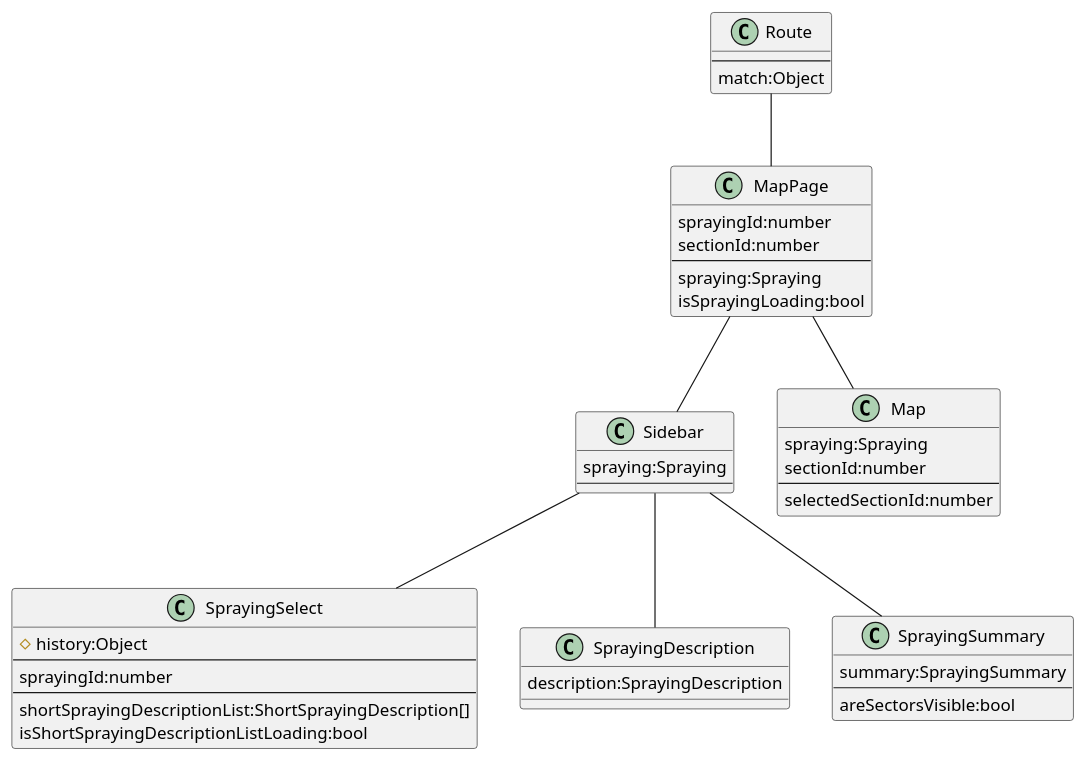
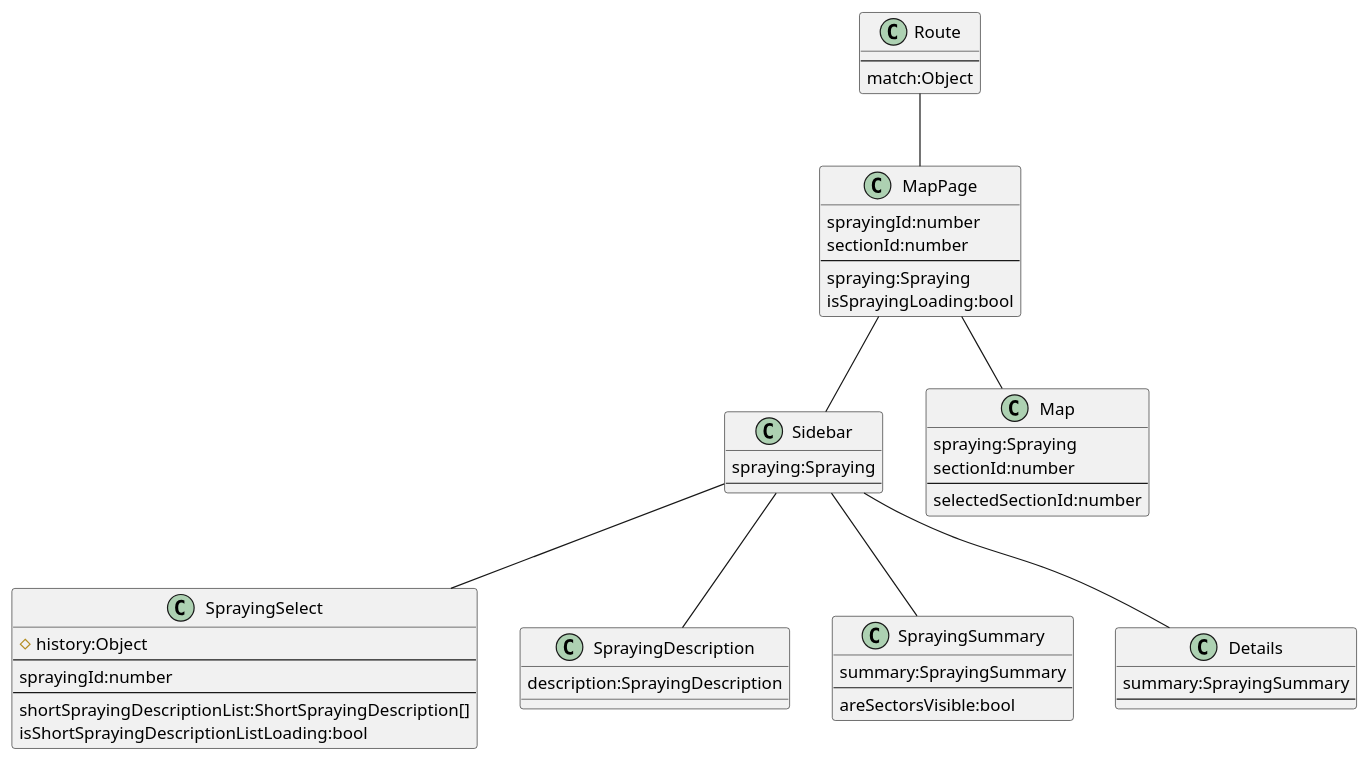
One commit to cbarsony/infested changed the diagram in docs/mapPage.cmp.puml. Above: the diagram before and after it, drawn with PlantUML. The commit also changed 17 other files, not shown here.

```diff
--- a/docs/mapPage.cmp.puml
+++ b/docs/mapPage.cmp.puml
@@ -1,56 +1,62 @@
 @startuml
 
 class Route {
     --
     match:Object
 }
 
 class MapPage {
     sprayingId:number
     sectionId:number
     --
     spraying:Spraying
     isSprayingLoading:bool
 }
 
 class Sidebar {
     spraying:Spraying
     --
 }
 
 class Map {
     spraying:Spraying
     sectionId:number
     --
     selectedSectionId:number
 }
 
 class SprayingSelect {
     #history:Object
     --
     sprayingId:number
     --
     shortSprayingDescriptionList:ShortSprayingDescription[]
     isShortSprayingDescriptionListLoading:bool
 }
 
 class SprayingDescription {
     description:SprayingDescription
 }
 
 class SprayingSummary {
     summary:SprayingSummary
     --
     areSectorsVisible:bool
 }
 
+class Details {
+    summary:SprayingSummary
+    --
+}
+
 Route -- MapPage
 
 MapPage -- Sidebar
 MapPage -- Map
 
 Sidebar -- SprayingSelect
 Sidebar -- SprayingDescription
 Sidebar -- SprayingSummary
+Sidebar -- Details
 
 @enduml
```
